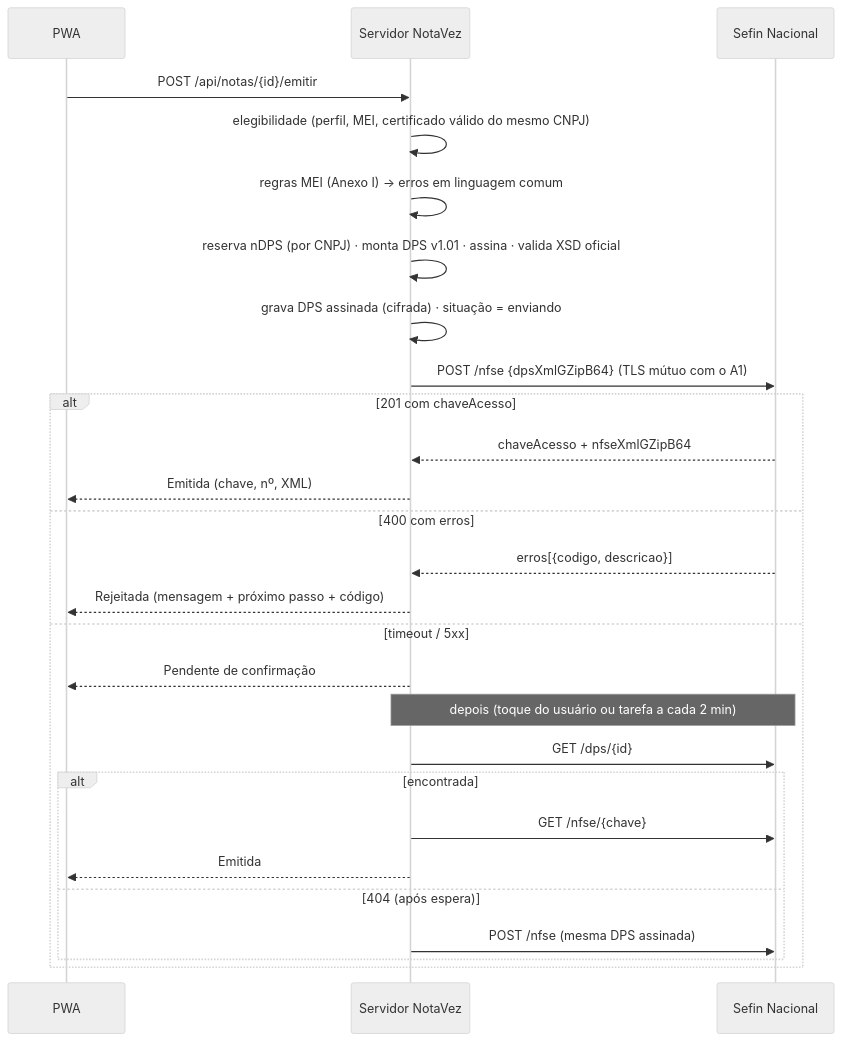
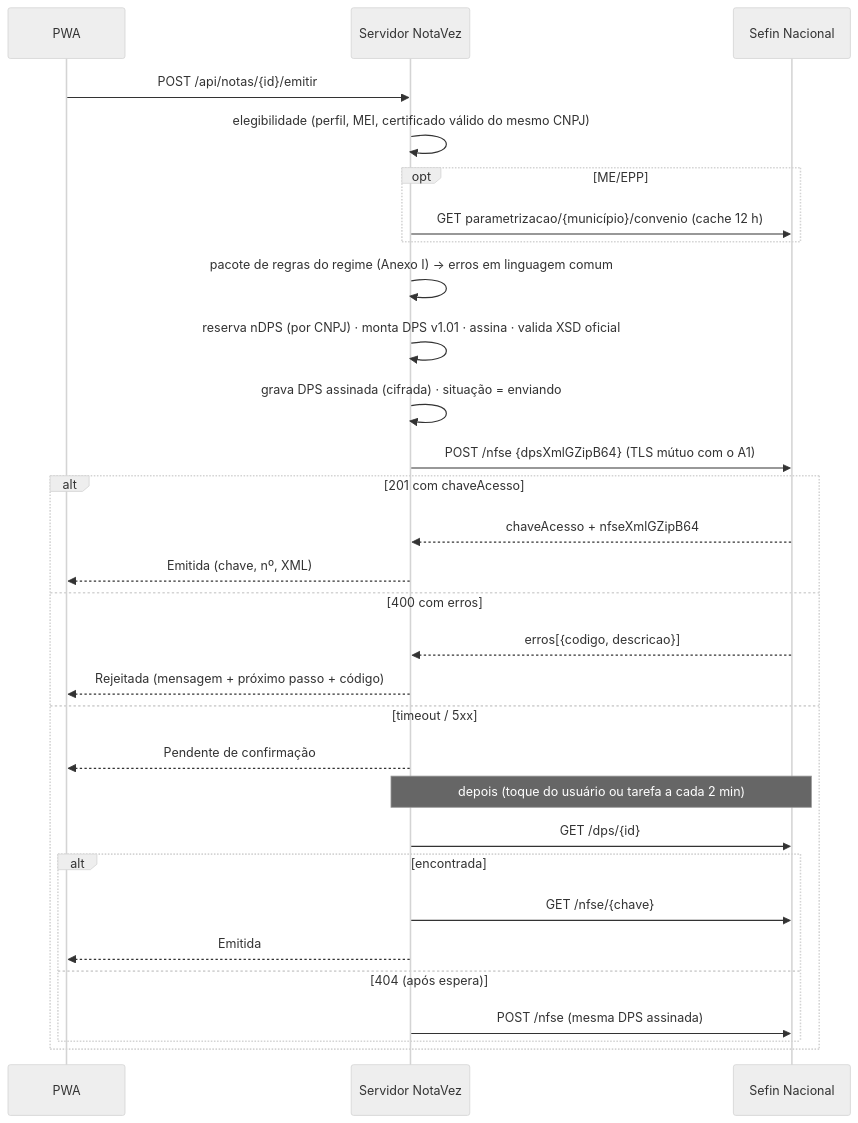
Before and after one commit to fredabsd-svg/NotaVez: the fourth of 4 diagrams in docs/03-dados-e-integracao.md, drawn with Mermaid (neutral theme). The commit also changed other lines of this file and 46 other files, not shown here.

````diff
--- a/docs/03-dados-e-integracao.md
+++ b/docs/03-dados-e-integracao.md
@@ -126,29 +127,32 @@
 ```mermaid
 sequenceDiagram
   participant U as PWA
   participant S as Servidor NotaVez
   participant R as Sefin Nacional
   U->>S: POST /api/notas/{id}/emitir
   S->>S: elegibilidade (perfil, MEI, certificado válido do mesmo CNPJ)
-  S->>S: regras MEI (Anexo I) → erros em linguagem comum
+  opt ME/EPP
+    S->>R: GET parametrizacao/{município}/convenio (cache 12 h)
+  end
+  S->>S: pacote de regras do regime (Anexo I) → erros em linguagem comum
   S->>S: reserva nDPS (por CNPJ) · monta DPS v1.01 · assina · valida XSD oficial
   S->>S: grava DPS assinada (cifrada) · situação = enviando
   S->>R: POST /nfse {dpsXmlGZipB64} (TLS mútuo com o A1)
   alt 201 com chaveAcesso
     R-->>S: chaveAcesso + nfseXmlGZipB64
     S-->>U: Emitida (chave, nº, XML)
   else 400 com erros
     R-->>S: erros[{codigo, descricao}]
     S-->>U: Rejeitada (mensagem + próximo passo + código)
   else timeout / 5xx
     S-->>U: Pendente de confirmação
     Note over S,R: depois (toque do usuário ou tarefa a cada 2 min)
     S->>R: GET /dps/{id}
     alt encontrada
       S->>R: GET /nfse/{chave}
       S-->>U: Emitida
     else 404 (após espera)
       S->>R: POST /nfse (mesma DPS assinada)
     end
   end
 ```
````
